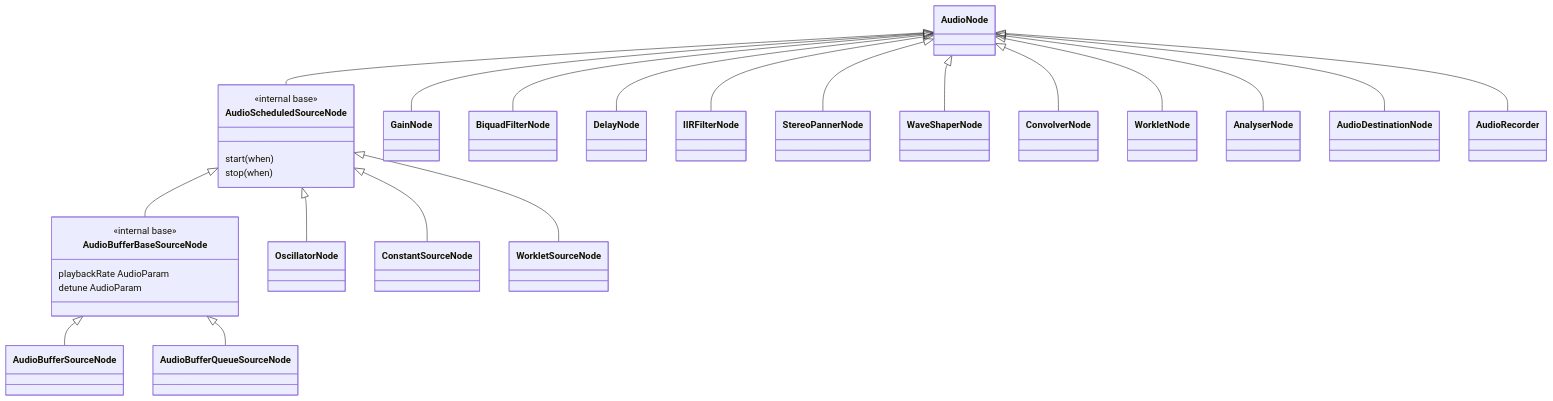
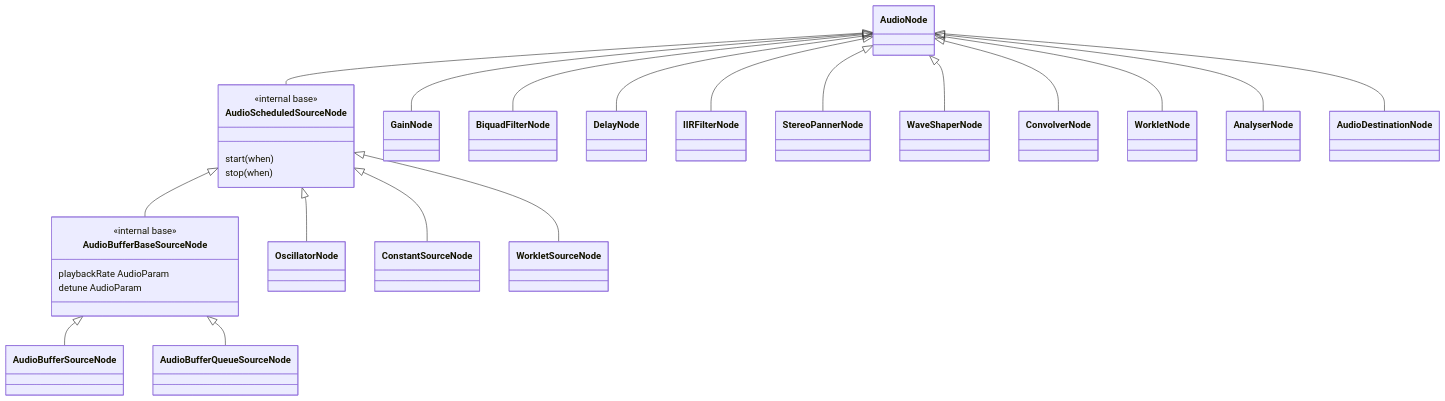
Before and after one commit to software-mansion/react-native-audio-api: the diagram in .claude/skills/audio-nodes/SKILL.md, drawn with Mermaid. The commit also changed other lines of this file and 10 other files, not shown here.

````diff
--- a/.claude/skills/audio-nodes/SKILL.md
+++ b/.claude/skills/audio-nodes/SKILL.md
@@ -118,36 +118,35 @@
 ```mermaid
 classDiagram
   direction TD
 
   class AudioScheduledSourceNode {
     <<internal base>>
     start(when)
     stop(when)
   }
   class AudioBufferBaseSourceNode {
     <<internal base>>
     playbackRate AudioParam
     detune AudioParam
   }
 
   AudioNode <|-- AudioScheduledSourceNode
   AudioNode <|-- GainNode
   AudioNode <|-- BiquadFilterNode
   AudioNode <|-- DelayNode
   AudioNode <|-- IIRFilterNode
   AudioNode <|-- StereoPannerNode
   AudioNode <|-- WaveShaperNode
   AudioNode <|-- ConvolverNode
   AudioNode <|-- WorkletNode
   AudioNode <|-- AnalyserNode
   AudioNode <|-- AudioDestinationNode
-  AudioNode <|-- AudioRecorder
 
   AudioScheduledSourceNode <|-- AudioBufferBaseSourceNode
   AudioScheduledSourceNode <|-- OscillatorNode
   AudioScheduledSourceNode <|-- ConstantSourceNode
   AudioScheduledSourceNode <|-- WorkletSourceNode
 
   AudioBufferBaseSourceNode <|-- AudioBufferSourceNode
   AudioBufferBaseSourceNode <|-- AudioBufferQueueSourceNode
 ```
````
